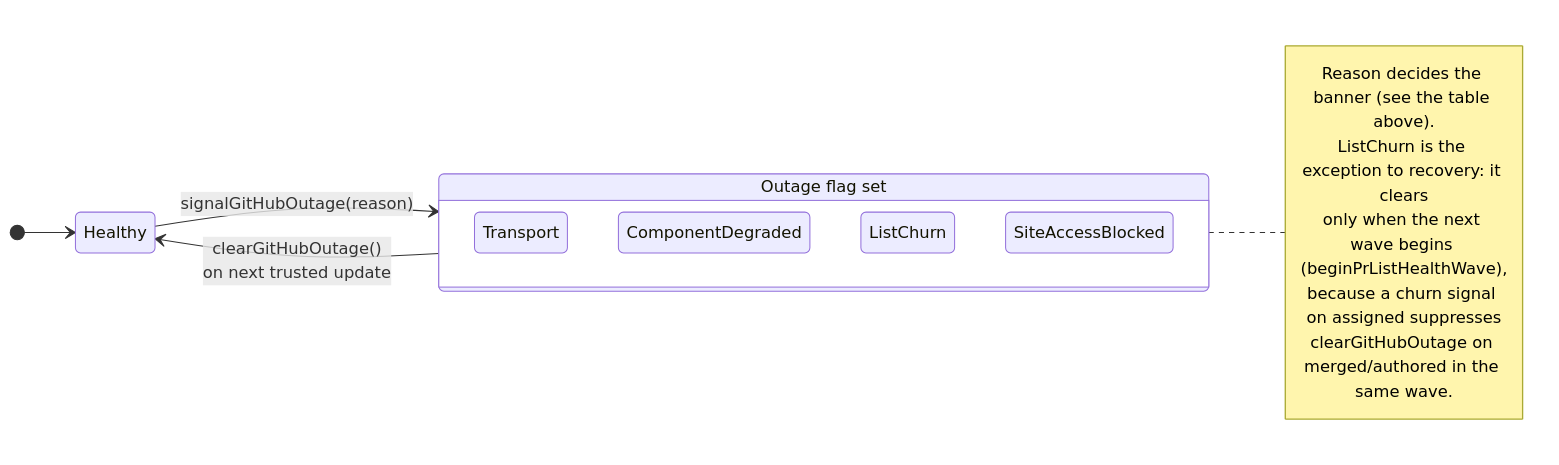
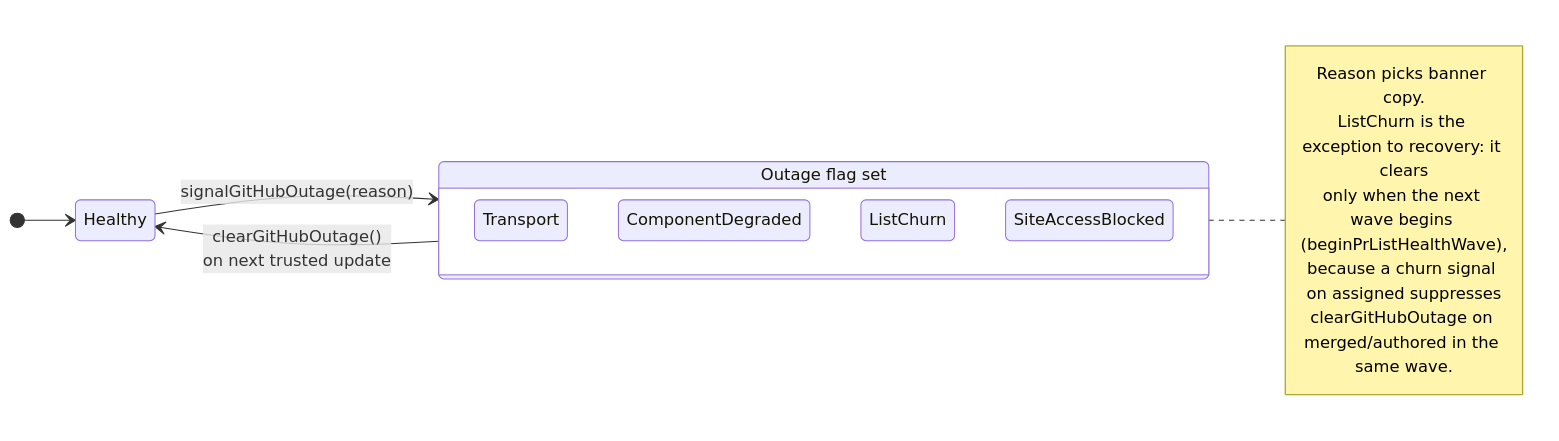
The diagram in docs/src/content/docs/architecture/github-health/index.md (dragosdev-code/pullwatch), drawn with Mermaid before and after one commit. The commit also changed other lines of this file and 2 other files, not shown here.

````diff
--- a/docs/src/content/docs/architecture/github-health/index.md
+++ b/docs/src/content/docs/architecture/github-health/index.md
@@ -88,28 +90,28 @@
 ```mermaid
 ---
 config:
   layout: dagre
 ---
 stateDiagram-v2
     direction LR
 
     [*] --> Healthy
 
     Healthy --> Outage: signalGitHubOutage(reason)
     Outage --> Healthy: clearGitHubOutage()<br/>on next trusted update
 
     state "Outage flag set" as Outage {
         Transport
         ComponentDegraded
         ListChurn
         SiteAccessBlocked
     }
 
     note right of Outage
-      Reason decides the banner (see the table above).
+      Reason picks banner copy.
       ListChurn is the exception to recovery: it clears
       only when the next wave begins (beginPrListHealthWave),
       because a churn signal on assigned suppresses
       clearGitHubOutage on merged/authored in the same wave.
     end note
 ```
````
